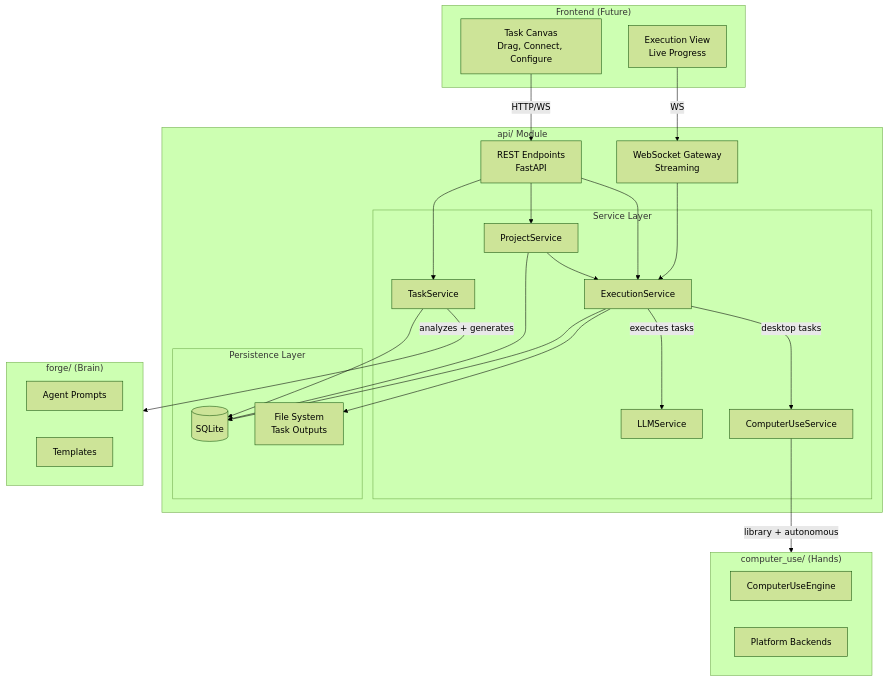
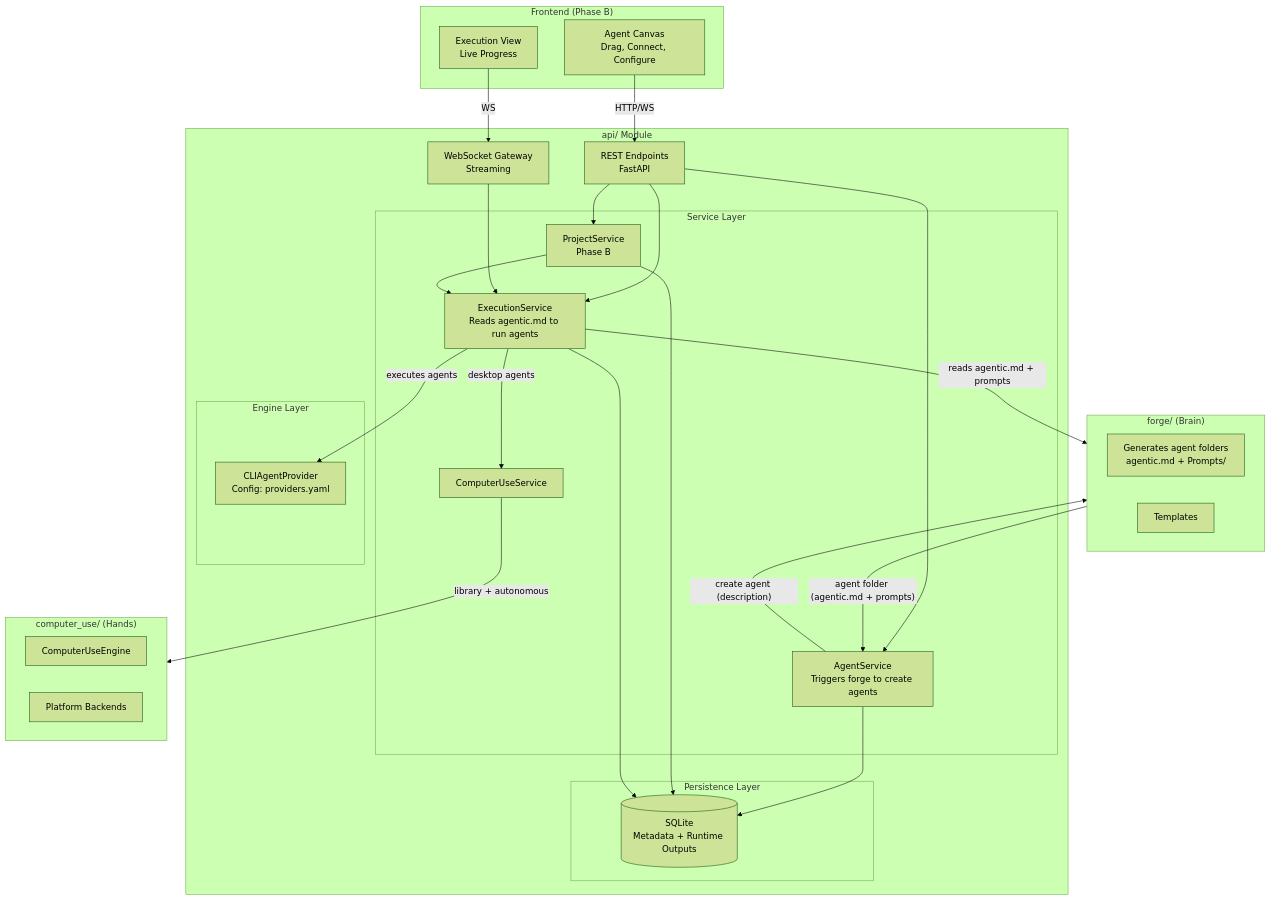
One commit to MONTBRAIN/vadgr changed the first of 10 diagrams in api/docs/API_ARCHITECTURE.md. Above: the diagram before and after it, drawn with Mermaid (forest theme). The commit also changed other lines of this file and 32 other files, not shown here.

First line of the commit message:
Add config-driven CLI provider layer, rename tasks to agents, add CI for api module

````diff
--- a/api/docs/API_ARCHITECTURE.md
+++ b/api/docs/API_ARCHITECTURE.md
@@ -50,52 +89,55 @@
 ```mermaid
 graph TB
-    subgraph Frontend["Frontend (Future)"]
-        CANVAS[Task Canvas<br/>Drag, Connect, Configure]
+    subgraph Frontend["Frontend (Phase B)"]
+        CANVAS[Agent Canvas<br/>Drag, Connect, Configure]
         RUNNER[Execution View<br/>Live Progress]
     end
 
     subgraph API["api/ Module"]
         REST[REST Endpoints<br/>FastAPI]
         WS[WebSocket Gateway<br/>Streaming]
 
         subgraph Services["Service Layer"]
-            TS[TaskService]
-            PS[ProjectService]
-            ES[ExecutionService]
+            AS[AgentService<br/>Triggers forge to create agents]
+            PS[ProjectService<br/>Phase B]
+            ES[ExecutionService<br/>Reads agentic.md to run agents]
             CUS[ComputerUseService]
-            LLM[LLMService]
+        end
+
+        subgraph Engine["Engine Layer"]
+            LLM[CLIAgentProvider<br/>Config: providers.yaml]
         end
 
         subgraph Persistence["Persistence Layer"]
-            DB[(SQLite)]
-            FS[File System<br/>Task Outputs]
+            DB[(SQLite<br/>Metadata + Runtime Outputs)]
         end
 
-        REST --> TS
+        REST --> AS
         REST --> PS
         REST --> ES
         WS --> ES
-        TS --> DB
+        AS --> DB
         PS --> DB
         PS --> ES
         ES --> DB
-        ES --> FS
     end
 
     subgraph Forge["forge/ (Brain)"]
-        PROMPTS[Agent Prompts]
+        PROMPTS[Generates agent folders<br/>agentic.md + Prompts/]
         SCAFFOLD[Templates]
     end
 
     subgraph ComputerUse["computer_use/ (Hands)"]
         ENGINE[ComputerUseEngine]
         PLATFORM[Platform Backends]
     end
 
     CANVAS -->|HTTP/WS| REST
     RUNNER -->|WS| WS
-    TS -->|analyzes + generates| Forge
-    ES -->|executes tasks| LLM
-    ES -->|desktop tasks| CUS
+    AS -->|"create agent (description)"| Forge
+    Forge -->|"agent folder (agentic.md + prompts)"| AS
+    ES -->|reads agentic.md + prompts| Forge
+    ES -->|executes agents| LLM
+    ES -->|desktop agents| CUS
     CUS -->|library + autonomous| ComputerUse
 ```
````
